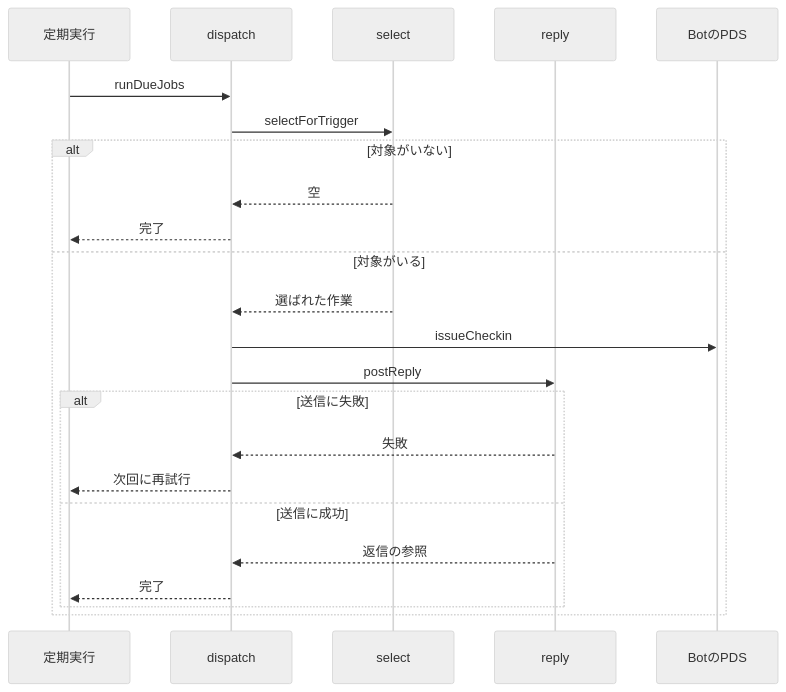
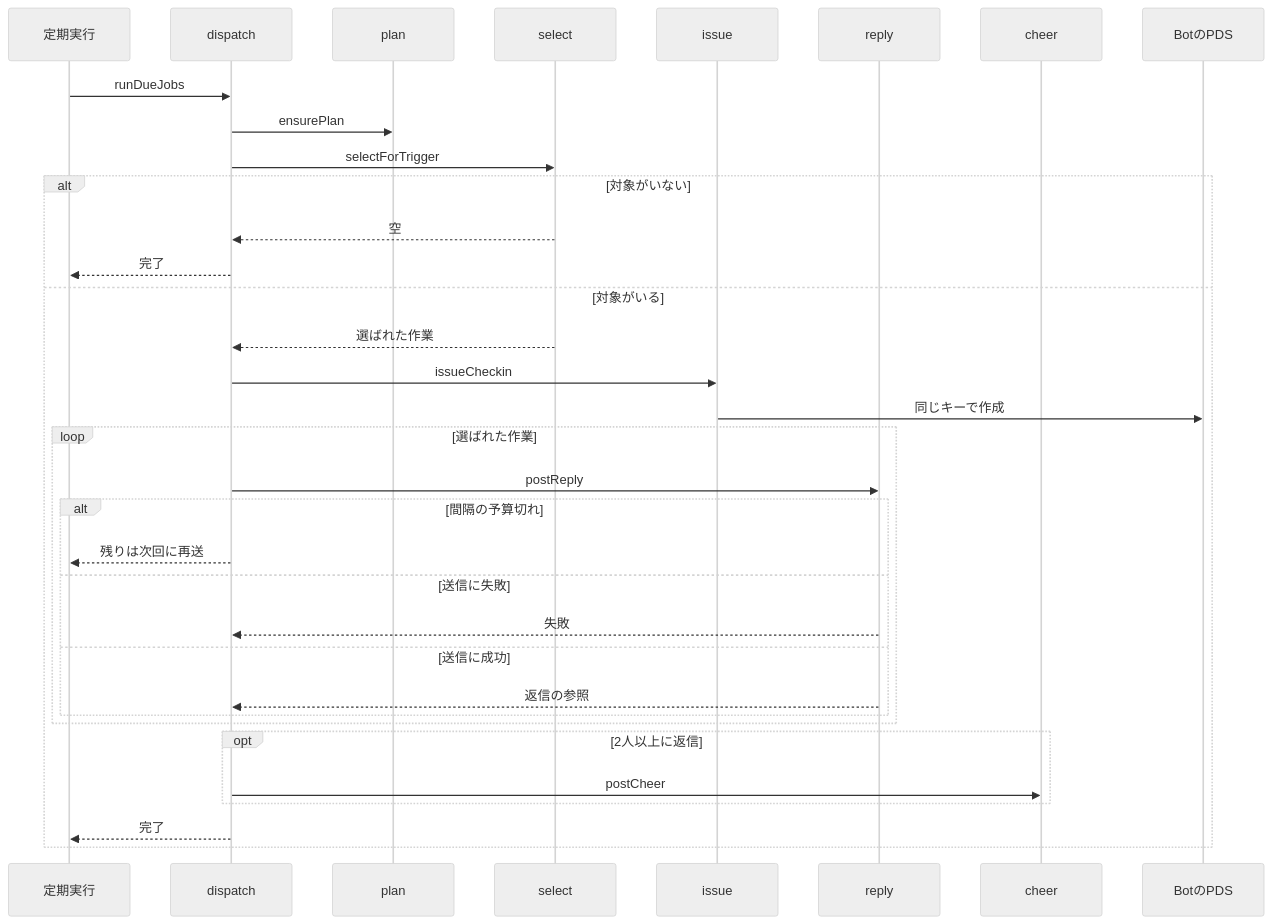
One commit to nllacc/shinchoku-chan changed the second of 2 diagrams in specs/bot-scheduler/design.md. Above: the diagram before and after it, drawn with Mermaid (neutral theme). The commit also changed other lines of this file and 16 other files, not shown here.

````diff
--- a/specs/bot-scheduler/design.md
+++ b/specs/bot-scheduler/design.md
@@ -40,25 +49,36 @@
 ```mermaid
 sequenceDiagram
   participant ext_tick as 定期実行
   participant dispatch
+  participant plan
   participant select
+  participant issue
   participant reply
+  participant cheer
   participant ext_botpds as BotのPDS
   ext_tick->>dispatch: runDueJobs
+  dispatch->>plan: ensurePlan
   dispatch->>select: selectForTrigger
   alt 対象がいない
     select-->>dispatch: 空
     dispatch-->>ext_tick: 完了
   else 対象がいる
     select-->>dispatch: 選ばれた作業
-    dispatch->>ext_botpds: issueCheckin
-    dispatch->>reply: postReply
-    alt 送信に失敗
-      reply-->>dispatch: 失敗
-      dispatch-->>ext_tick: 次回に再試行
-    else 送信に成功
-      reply-->>dispatch: 返信の参照
-      dispatch-->>ext_tick: 完了
+    dispatch->>issue: issueCheckin
+    issue->>ext_botpds: 同じキーで作成
+    loop 選ばれた作業
+      dispatch->>reply: postReply
+      alt 間隔の予算切れ
+        dispatch-->>ext_tick: 残りは次回に再送
+      else 送信に失敗
+        reply-->>dispatch: 失敗
+      else 送信に成功
+        reply-->>dispatch: 返信の参照
+      end
     end
+    opt 2人以上に返信
+      dispatch->>cheer: postCheer
+    end
+    dispatch-->>ext_tick: 完了
   end
 ```
````
